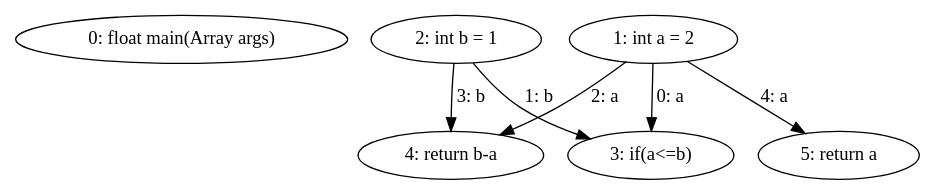
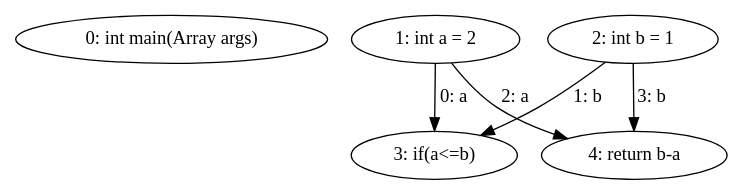
Before and after one commit to DominguesGM/comp_astanalyze: the diagram in export/if_example_data.dot, drawn with Graphviz. The commit also changed 35 other files, not shown here.

```diff
--- a/export/if_example_data.dot
+++ b/export/if_example_data.dot
@@ -1,13 +1,11 @@
 digraph G {
-  1 [ label="0: float main(Array args)" ];
+  1 [ label="0: int main(Array args)" ];
   2 [ label="1: int a = 2" ];
   3 [ label="2: int b = 1" ];
   4 [ label="3: if(a<=b)" ];
   5 [ label="4: return b-a" ];
-  6 [ label="5: return a" ];
   2 -> 4 [ label="0: a" ];
   3 -> 4 [ label="1: b" ];
   2 -> 5 [ label="2: a" ];
   3 -> 5 [ label="3: b" ];
-  2 -> 6 [ label="4: a" ];
 }
```
